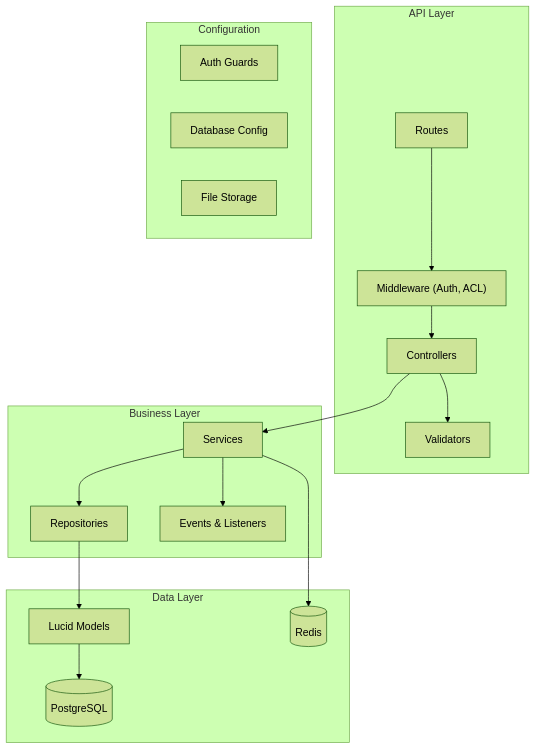
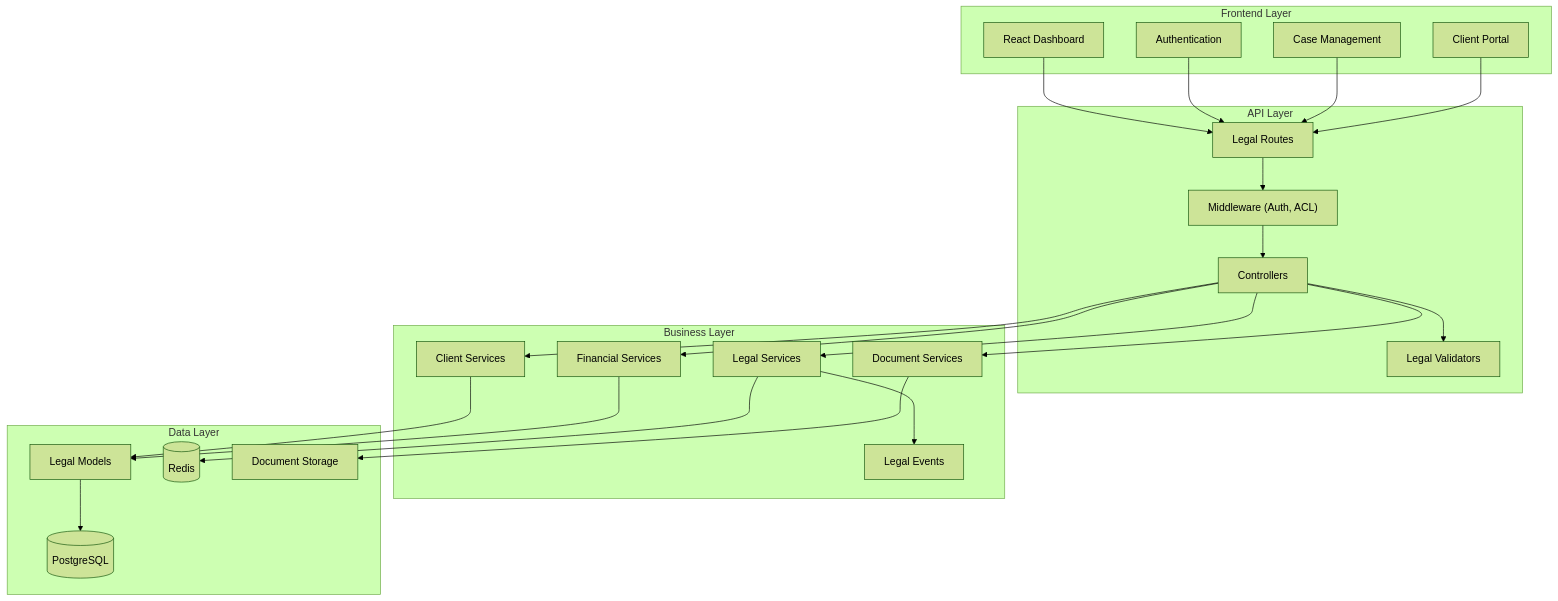
The diagram in README.md (gabrielmaialva33/benicio-api), drawn with Mermaid (forest theme) before and after one commit. The commit also changed other lines of this file and 3 other files, not shown here.

Commit message:
chore: rename project to "Benício API" with updated descriptions, branding, and workflows tailored for legal practice management.

````diff
--- a/README.md
+++ b/README.md
@@ -41,37 +36,50 @@
 ```mermaid
 graph TD
+    subgraph "Frontend Layer"
+        UI_REACT[React Dashboard]
+        UI_AUTH[Authentication]
+        UI_CASES[Case Management]
+        UI_CLIENTS[Client Portal]
+    end
+
     subgraph "API Layer"
-        API_ROUTES[Routes]
+        API_ROUTES[Legal Routes]
         API_MW["Middleware (Auth, ACL)"]
         API_CTRL[Controllers]
-        API_VALIDATORS[Validators]
+        API_VALIDATORS[Legal Validators]
     end
 
     subgraph "Business Layer"
-        BL_SERVICES[Services]
-        BL_REPOS[Repositories]
-        BL_EVENTS[Events & Listeners]
+        BL_LEGAL[Legal Services]
+        BL_CLIENT[Client Services]
+        BL_DOCUMENT[Document Services]
+        BL_FINANCIAL[Financial Services]
+        BL_EVENTS[Legal Events]
     end
 
     subgraph "Data Layer"
-        DL_MODELS[Lucid Models]
+        DL_MODELS[Legal Models]
         DL_DB[(PostgreSQL)]
         DL_CACHE[(Redis)]
+        DL_FILES[Document Storage]
     end
 
-    subgraph "Configuration"
-        CONF_AUTH[Auth Guards]
-        CONF_DB[Database Config]
-        CONF_STORAGE[File Storage]
-    end
+    UI_REACT --> API_ROUTES
+    UI_AUTH --> API_ROUTES
+    UI_CASES --> API_ROUTES
+    UI_CLIENTS --> API_ROUTES
 
     API_ROUTES --> API_MW
     API_MW --> API_CTRL
     API_CTRL --> API_VALIDATORS
-    API_CTRL --> BL_SERVICES
-    BL_SERVICES --> BL_REPOS
-    BL_SERVICES --> BL_EVENTS
-    BL_REPOS --> DL_MODELS
+    API_CTRL --> BL_LEGAL
+    API_CTRL --> BL_CLIENT
+    API_CTRL --> BL_DOCUMENT
+    API_CTRL --> BL_FINANCIAL
+    BL_LEGAL --> BL_EVENTS
+    BL_CLIENT --> DL_MODELS
+    BL_DOCUMENT --> DL_FILES
+    BL_FINANCIAL --> DL_MODELS
     DL_MODELS --> DL_DB
-    BL_SERVICES --> DL_CACHE
+    BL_LEGAL --> DL_CACHE
 ```
````
